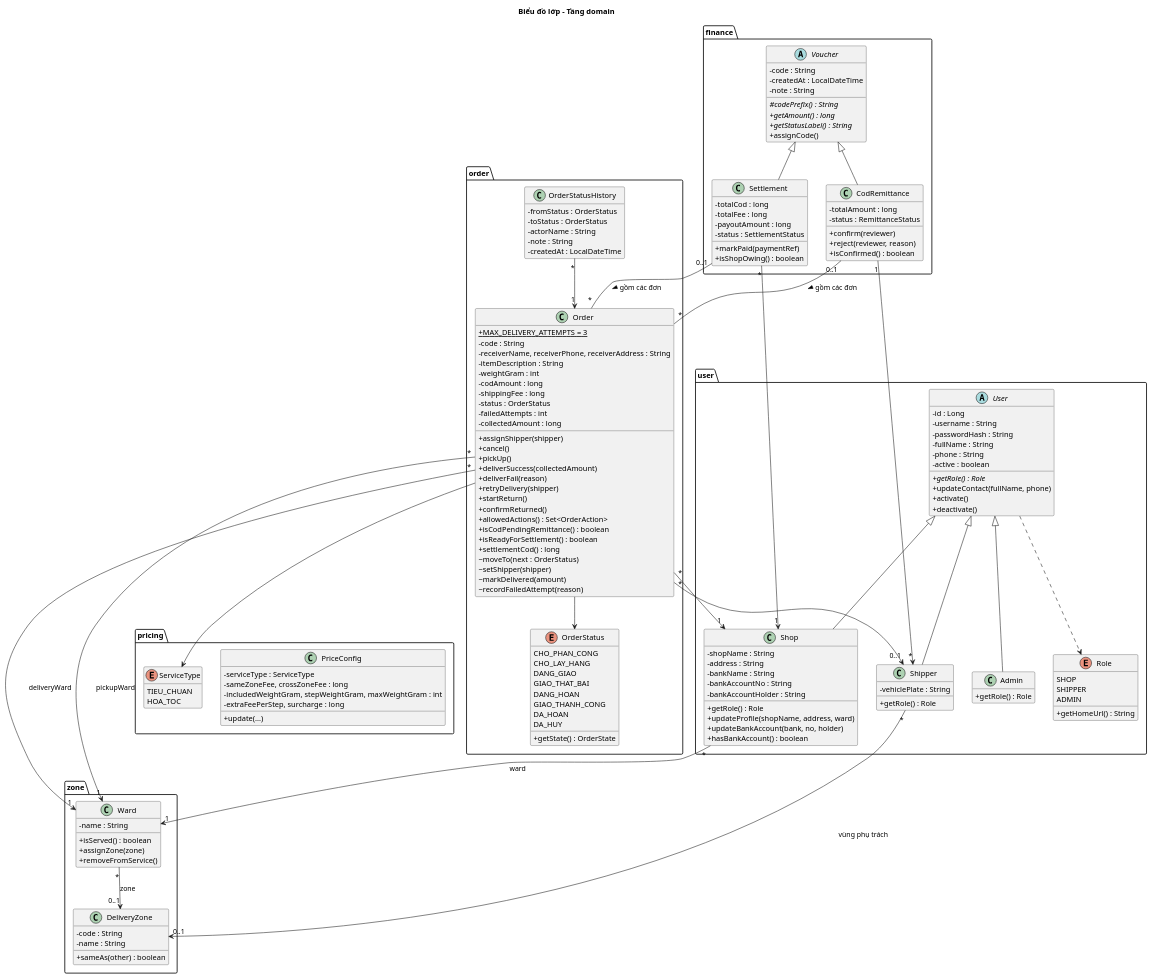
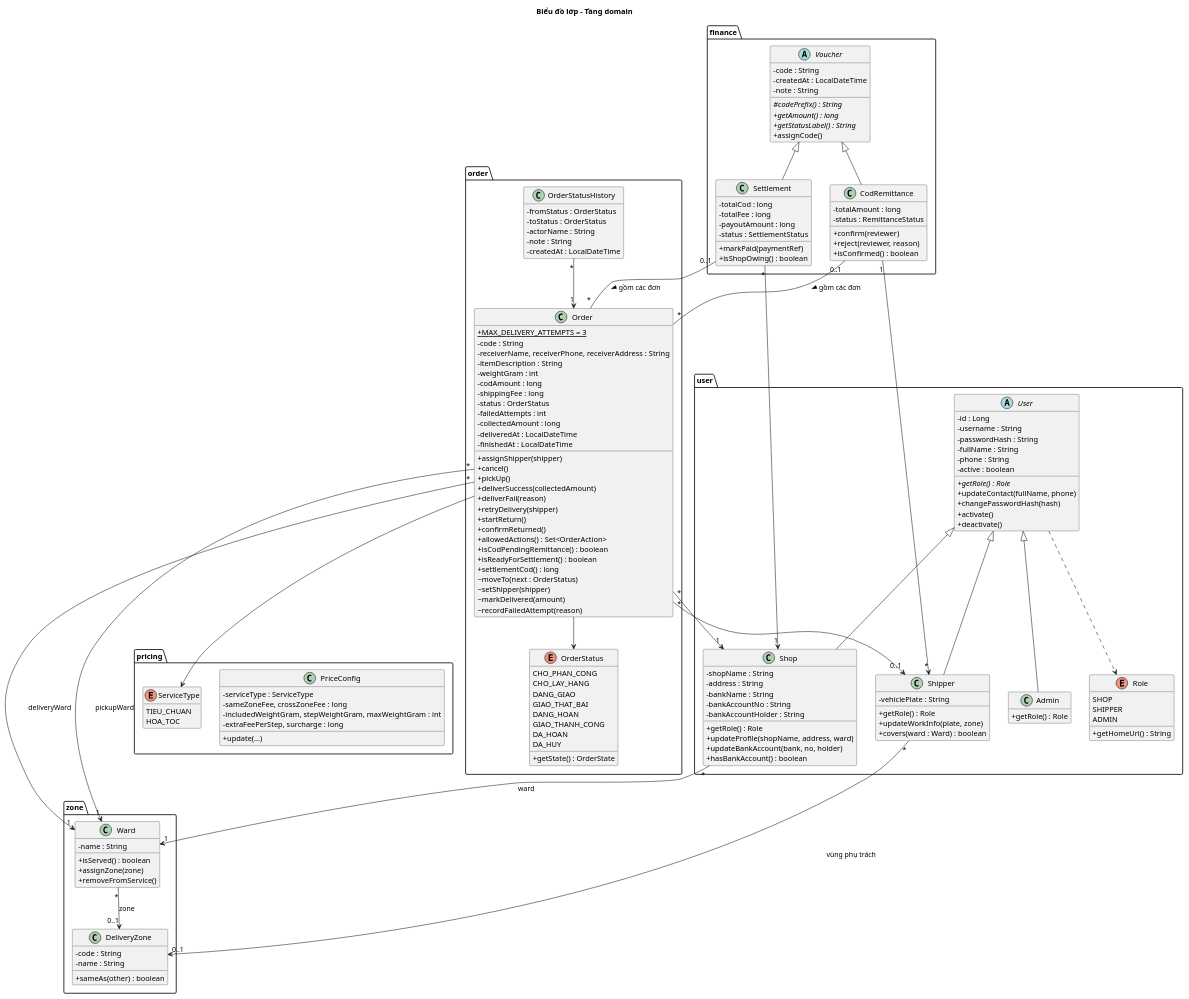
The diagram in docs/uml/02-class-domain.puml (TuansLC/ptit-ktlthdt), drawn with PlantUML before and after one commit. The commit also changed 41 other files, not shown here.

```diff
--- a/docs/uml/02-class-domain.puml
+++ b/docs/uml/02-class-domain.puml
@@ -1,168 +1,173 @@
 @startuml class-domain
 title Biểu đồ lớp - Tầng domain
 skinparam classAttributeIconSize 0
 hide empty members
 
 package "user" {
   abstract class User {
     - id : Long
     - username : String
     - passwordHash : String
     - fullName : String
     - phone : String
     - active : boolean
     + {abstract} getRole() : Role
     + updateContact(fullName, phone)
+    + changePasswordHash(hash)
     + activate()
     + deactivate()
   }
   class Shop {
     - shopName : String
     - address : String
     - bankName : String
     - bankAccountNo : String
     - bankAccountHolder : String
     + getRole() : Role
     + updateProfile(shopName, address, ward)
     + updateBankAccount(bank, no, holder)
     + hasBankAccount() : boolean
   }
   class Shipper {
     - vehiclePlate : String
     + getRole() : Role
+    + updateWorkInfo(plate, zone)
+    + covers(ward : Ward) : boolean
   }
   class Admin {
     + getRole() : Role
   }
   enum Role {
     SHOP
     SHIPPER
     ADMIN
     + getHomeUrl() : String
   }
   User <|-- Shop
   User <|-- Shipper
   User <|-- Admin
   User ..> Role
 }
 
 package "zone" {
   class DeliveryZone {
     - code : String
     - name : String
     + sameAs(other) : boolean
   }
   class Ward {
     - name : String
     + isServed() : boolean
     + assignZone(zone)
     + removeFromService()
   }
   Ward "*" --> "0..1" DeliveryZone : zone
 }
 Shop "*" --> "1" Ward : ward
 Shipper "*" --> "0..1" DeliveryZone : vùng phụ trách
 
 package "order" {
   class Order {
     + {static} MAX_DELIVERY_ATTEMPTS = 3
     - code : String
     - receiverName, receiverPhone, receiverAddress : String
     - itemDescription : String
     - weightGram : int
     - codAmount : long
     - shippingFee : long
     - status : OrderStatus
     - failedAttempts : int
     - collectedAmount : long
+    - deliveredAt : LocalDateTime
+    - finishedAt : LocalDateTime
     + assignShipper(shipper)
     + cancel()
     + pickUp()
     + deliverSuccess(collectedAmount)
     + deliverFail(reason)
     + retryDelivery(shipper)
     + startReturn()
     + confirmReturned()
     + allowedActions() : Set<OrderAction>
     + isCodPendingRemittance() : boolean
     + isReadyForSettlement() : boolean
     + settlementCod() : long
     ~ moveTo(next : OrderStatus)
     ~ setShipper(shipper)
     ~ markDelivered(amount)
     ~ recordFailedAttempt(reason)
   }
   class OrderStatusHistory {
     - fromStatus : OrderStatus
     - toStatus : OrderStatus
     - actorName : String
     - note : String
     - createdAt : LocalDateTime
   }
   enum OrderStatus {
     CHO_PHAN_CONG
     CHO_LAY_HANG
     DANG_GIAO
     GIAO_THAT_BAI
     DANG_HOAN
     GIAO_THANH_CONG
     DA_HOAN
     DA_HUY
     + getState() : OrderState
   }
   Order --> OrderStatus
   OrderStatusHistory "*" --> "1" Order
 }
 Order "*" --> "1" Shop
 Order "*" --> "0..1" Shipper
 Order "*" --> "1" Ward : pickupWard
 Order "*" --> "1" Ward : deliveryWard
 
 package "finance" {
   abstract class Voucher {
     - code : String
     - createdAt : LocalDateTime
     - note : String
     # {abstract} codePrefix() : String
     + {abstract} getAmount() : long
     + {abstract} getStatusLabel() : String
     + assignCode()
   }
   class CodRemittance {
     - totalAmount : long
     - status : RemittanceStatus
     + confirm(reviewer)
     + reject(reviewer, reason)
     + isConfirmed() : boolean
   }
   class Settlement {
     - totalCod : long
     - totalFee : long
     - payoutAmount : long
     - status : SettlementStatus
     + markPaid(paymentRef)
     + isShopOwing() : boolean
   }
   Voucher <|-- CodRemittance
   Voucher <|-- Settlement
 }
 CodRemittance "1" --> "*" Shipper
 CodRemittance "0..1" -- "*" Order : gồm các đơn >
 Settlement "*" --> "1" Shop
 Settlement "0..1" -- "*" Order : gồm các đơn >
 
 package "pricing" {
   class PriceConfig {
     - serviceType : ServiceType
     - sameZoneFee, crossZoneFee : long
     - includedWeightGram, stepWeightGram, maxWeightGram : int
     - extraFeePerStep, surcharge : long
     + update(...)
   }
   enum ServiceType {
     TIEU_CHUAN
     HOA_TOC
   }
 }
 Order --> ServiceType
 @enduml
```
